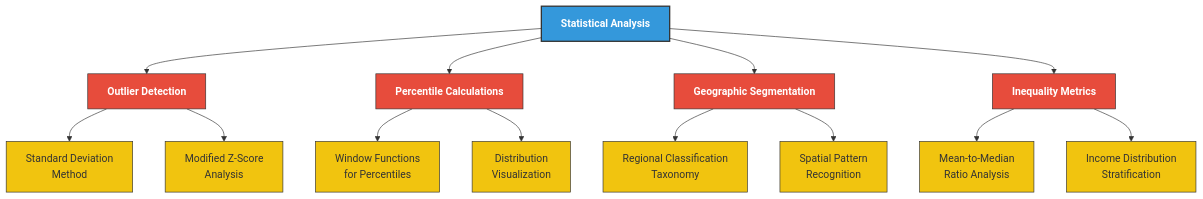
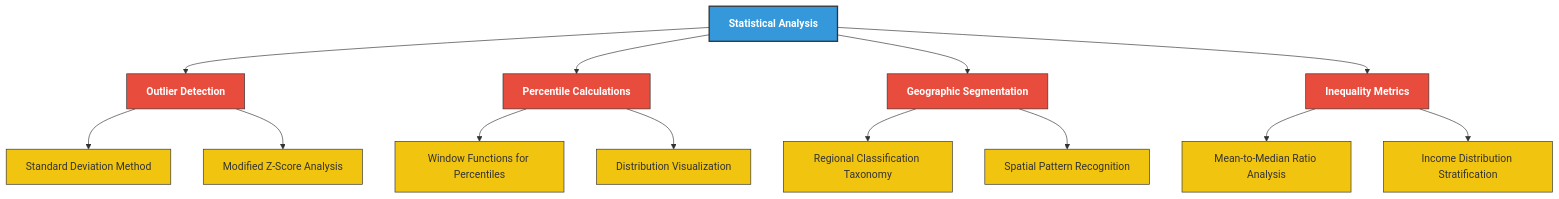
Before and after one commit to tzolkowski96/tzolkowski96: the third of 10 diagrams in us-household-income-analysis/README.md, drawn with Mermaid. The commit also changed other lines of this file, not shown here.

Commit message:
refactor README.md for improved clarity and consistency in flowcharts and descriptions

````diff
--- a/us-household-income-analysis/README.md
+++ b/us-household-income-analysis/README.md
@@ -173,27 +173,23 @@
 ```mermaid
-graph TD
-    A[Statistical Analysis] --> B[Outlier Detection]
-    A --> C[Percentile Calculations]
-    A --> D[Geographic Segmentation]
-    A --> E[Inequality Metrics]
+flowchart TD
+    A[Statistical Analysis]:::main --> B[Outlier Detection]:::sub
+    A --> C[Percentile Calculations]:::sub
+    A --> D[Geographic Segmentation]:::sub
+    A --> E[Inequality Metrics]:::sub
     
-    B --> B1[Standard Deviation<br>Method]
-    B --> B2[Modified Z-Score<br>Analysis]
+    B --> B1[Standard Deviation Method]:::leaf
+    B --> B2[Modified Z-Score Analysis]:::leaf
     
-    C --> C1[Window Functions<br>for Percentiles]
-    C --> C2[Distribution<br>Visualization]
+    C --> C1[Window Functions for Percentiles]:::leaf
+    C --> C2[Distribution Visualization]:::leaf
     
-    D --> D1[Regional Classification<br>Taxonomy]
-    D --> D2[Spatial Pattern<br>Recognition]
+    D --> D1[Regional Classification Taxonomy]:::leaf
+    D --> D2[Spatial Pattern Recognition]:::leaf
     
-    E --> E1[Mean-to-Median<br>Ratio Analysis]
-    E --> E2[Income Distribution<br>Stratification]
+    E --> E1[Mean-to-Median Ratio Analysis]:::leaf
+    E --> E2[Income Distribution Stratification]:::leaf
     
     classDef main fill:#3498db,stroke:#333,stroke-width:2px,color:#fff,font-weight:bold
     classDef sub fill:#e74c3c,stroke:#333,stroke-width:1px,color:#fff,font-weight:bold
     classDef leaf fill:#f1c40f,stroke:#333,stroke-width:1px,color:#333
-    
-    class A main
-    class B,C,D,E sub
-    class B1,B2,C1,C2,D1,D2,E1,E2 leaf
 ```
````
